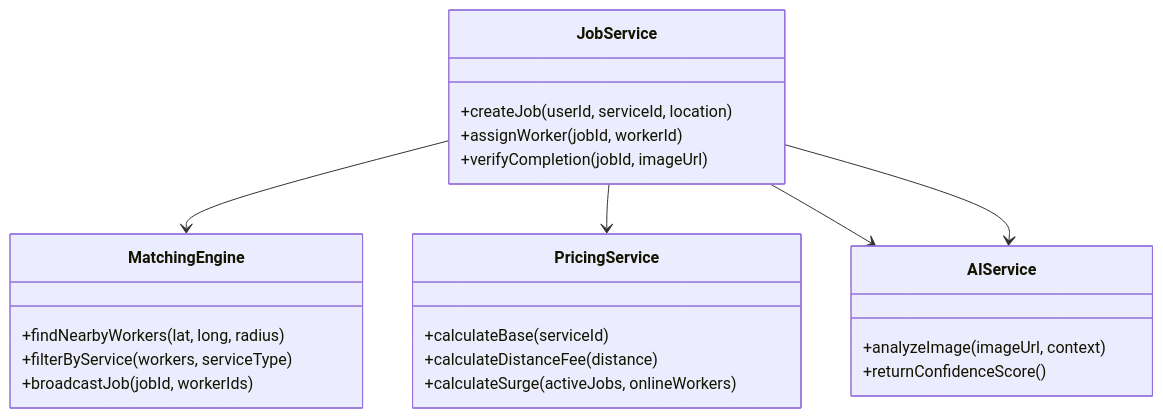
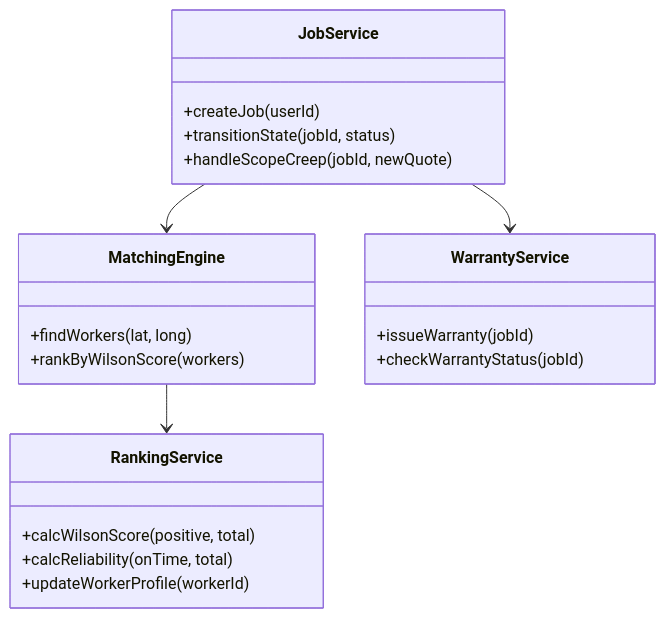
Before and after one commit to Somilg11/oddigo-v2: the third of 3 diagrams in docs_detailed_flows/detailed/LLD.md, drawn with Mermaid. The commit also changed other lines of this file and 4 other files, not shown here.

````diff
--- a/docs_detailed_flows/detailed/LLD.md
+++ b/docs_detailed_flows/detailed/LLD.md
@@ -91,30 +76,28 @@
 ```mermaid
 classDiagram
     class JobService {
-        +createJob(userId, serviceId, location)
-        +assignWorker(jobId, workerId)
-        +verifyCompletion(jobId, imageUrl)
+        +createJob(userId)
+        +transitionState(jobId, status)
+        +handleScopeCreep(jobId, newQuote)
     }
 
     class MatchingEngine {
-        +findNearbyWorkers(lat, long, radius)
-        +filterByService(workers, serviceType)
-        +broadcastJob(jobId, workerIds)
+        +findWorkers(lat, long)
+        +rankByWilsonScore(workers)
     }
 
-    class PricingService {
-        +calculateBase(serviceId)
-        +calculateDistanceFee(distance)
-        +calculateSurge(activeJobs, onlineWorkers)
+    class RankingService {
+        +calcWilsonScore(positive, total)
+        +calcReliability(onTime, total)
+        +updateWorkerProfile(workerId)
     }
 
-    class AIService {
-        +analyzeImage(imageUrl, context)
-        +returnConfidenceScore()
+    class WarrantyService {
+        +issueWarranty(jobId)
+        +checkWarrantyStatus(jobId)
     }
-
+    
     JobService --> MatchingEngine
-    JobService --> PricingService
-    JobService --> AIService
-    JobService --> AIService
+    MatchingEngine --> RankingService
+    JobService --> WarrantyService
 ```
````
